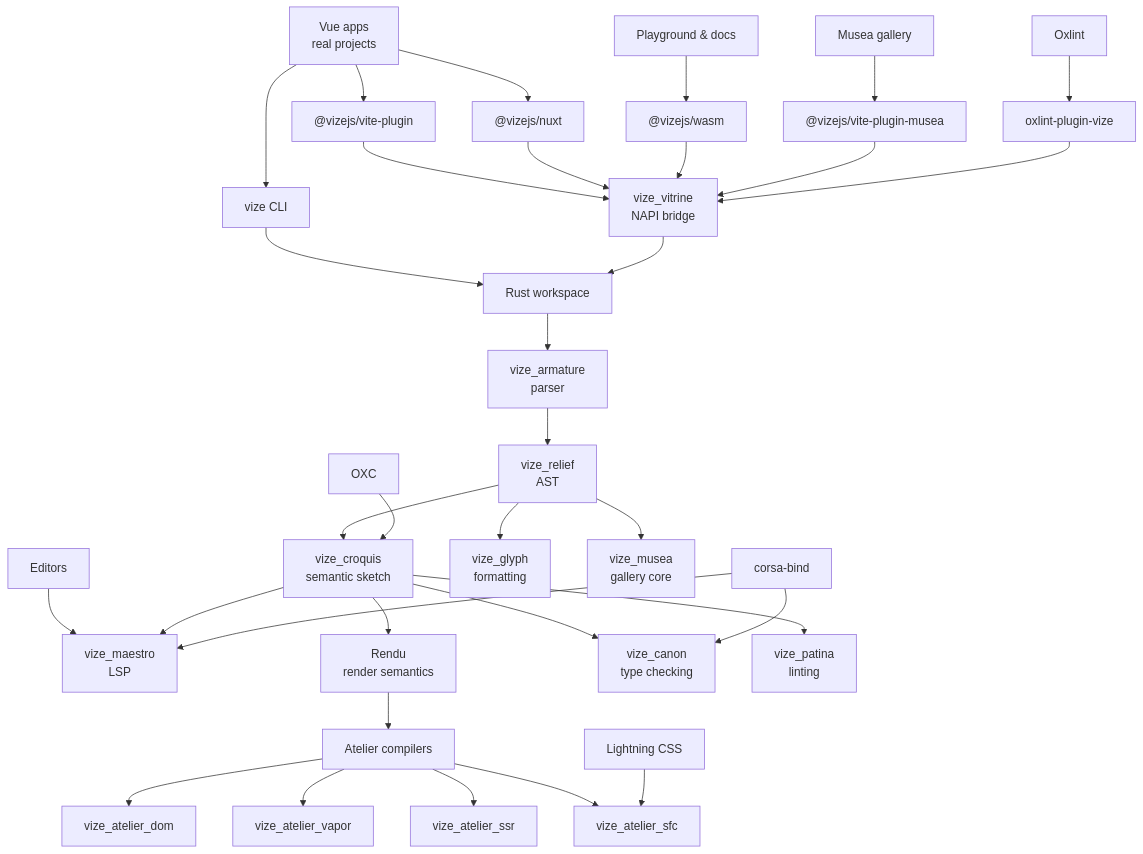
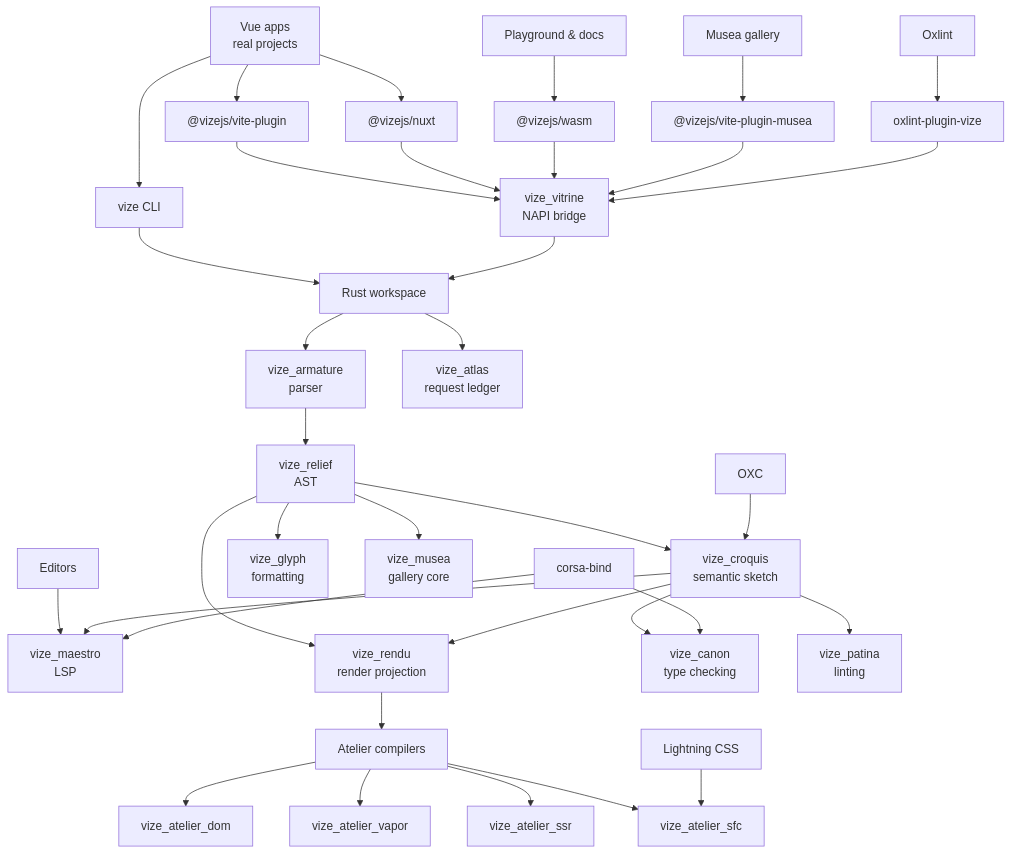
The first of 3 diagrams in docs/content/architecture/overview.md (ubugeeei-prod/vize), drawn with Mermaid before and after one commit. The commit also changed other lines of this file and 74 other files, not shown here.

````diff
--- a/docs/content/architecture/overview.md
+++ b/docs/content/architecture/overview.md
@@ -23,39 +23,41 @@
 ```mermaid
 graph TD
     App["Vue apps<br/>real projects"] --> Vite["@vizejs/vite-plugin"]
     App --> Nuxt["@vizejs/nuxt"]
     App --> Cli["vize CLI"]
     Editor["Editors"] --> Maestro["vize_maestro<br/>LSP"]
     Browser["Playground & docs"] --> Wasm["@vizejs/wasm"]
     MuseaUi["Musea gallery"] --> MuseaPkg["@vizejs/vite-plugin-musea"]
     Oxlint["Oxlint"] --> OxlintPkg["oxlint-plugin-vize"]
 
     Vite --> Vitrine["vize_vitrine<br/>NAPI bridge"]
     Nuxt --> Vitrine
     Wasm --> Vitrine
     MuseaPkg --> Vitrine
     OxlintPkg --> Vitrine
     Cli --> Core["Rust workspace"]
     Vitrine --> Core
 
     Core --> Armature["vize_armature<br/>parser"]
     Armature --> Relief["vize_relief<br/>AST"]
     Relief --> Croquis["vize_croquis<br/>semantic sketch"]
-    Croquis --> Rendu["Rendu<br/>render semantics"]
+    Relief --> Rendu["vize_rendu<br/>render projection"]
+    Croquis --> Rendu
+    Core --> Atlas["vize_atlas<br/>request ledger"]
     Rendu --> Atelier["Atelier compilers"]
     Atelier --> Dom["vize_atelier_dom"]
     Atelier --> Vapor["vize_atelier_vapor"]
     Atelier --> Ssr["vize_atelier_ssr"]
     Atelier --> Sfc["vize_atelier_sfc"]
 
     Croquis --> Canon["vize_canon<br/>type checking"]
     Croquis --> Patina["vize_patina<br/>linting"]
     Relief --> Glyph["vize_glyph<br/>formatting"]
     Croquis --> Maestro
     Relief --> Musea["vize_musea<br/>gallery core"]
 
     Oxc["OXC"] --> Croquis
     Corsa["corsa-bind"] --> Canon
     Corsa --> Maestro
     Lightning["Lightning CSS"] --> Sfc
 ```
````
